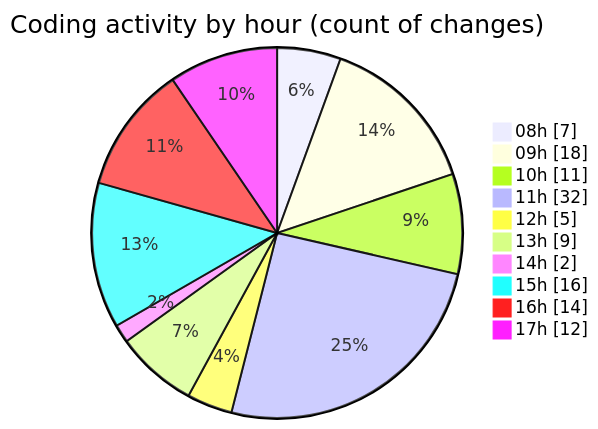
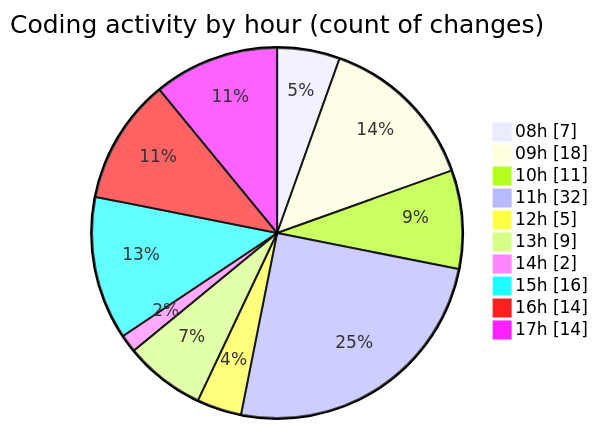
The second of 2 diagrams in 2025-11-11/cda/README.md (momahboobian/code-tracking), drawn with Mermaid before and after one commit. The commit also changed other lines of this file and 1 other file, not shown here.

````diff
--- a/2025-11-11/cda/README.md
+++ b/2025-11-11/cda/README.md
@@ -54,14 +54,14 @@
 ```mermaid
 pie showData
 title Coding activity by hour (count of changes)
 "08h" : 7
 "09h" : 18
 "10h" : 11
 "11h" : 32
 "12h" : 5
 "13h" : 9
 "14h" : 2
 "15h" : 16
 "16h" : 14
-"17h" : 12
+"17h" : 14
 ```
````
